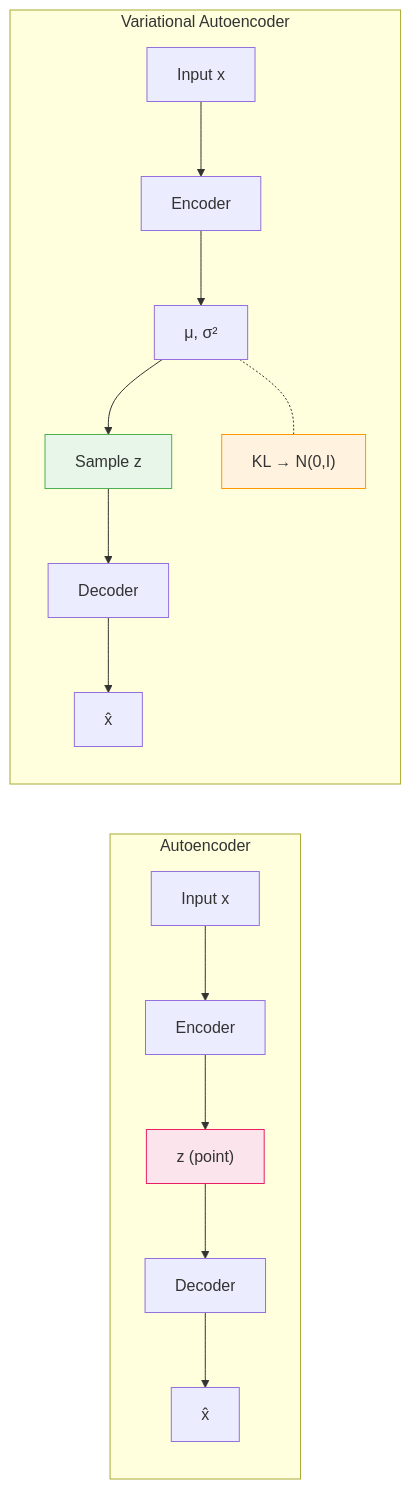
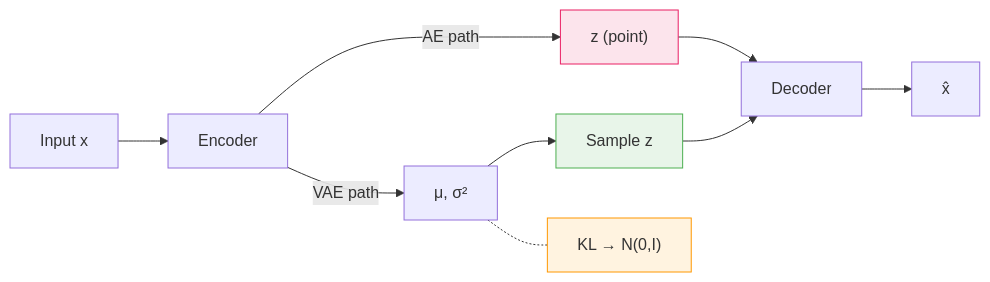
The diagram in assets/img/teaching/protein-ai/mermaid/s26-05-generative-models_diagram_0.mmd (sungsoo-ahn/sungsoo-ahn.github.io), drawn with Mermaid before and after one commit. The commit also changed 22 other files, not shown here.

First line of the commit message:
docs: Refine lecture notes 4–9, update diagrams, and add Key Takeaways

```diff
--- a/assets/img/teaching/protein-ai/mermaid/s26-05-generative-models_diagram_0.mmd
+++ b/assets/img/teaching/protein-ai/mermaid/s26-05-generative-models_diagram_0.mmd
@@ -1,13 +1,13 @@
 flowchart LR
-    subgraph AE["Autoencoder"]
-        X1["Input x"] --> E1["Encoder"] --> Z1["z (point)"] --> D1["Decoder"] --> X1R["x̂"]
-    end
+    X["Input x"] --> ENC["Encoder"]
+    ENC -->|"AE path"| Z["z (point)"]
+    ENC -->|"VAE path"| MU["μ, σ²"]
+    MU --> SAMPLE["Sample z"]
+    Z --> DEC["Decoder"]
+    SAMPLE --> DEC
+    DEC --> XHAT["x̂"]
+    MU -.- KL["KL → N(0,I)"]
 
-    subgraph VAE["Variational Autoencoder"]
-        X2["Input x"] --> E2["Encoder"] --> MU["μ, σ²"] --> S2["Sample z"] --> D2["Decoder"] --> X2R["x̂"]
-        MU -.- KL["KL → N(0,I)"]
-    end
-
-    style Z1 fill:#fce4ec,stroke:#e91e63
-    style S2 fill:#e8f5e9,stroke:#4CAF50
+    style Z fill:#fce4ec,stroke:#e91e63
+    style SAMPLE fill:#e8f5e9,stroke:#4CAF50
     style KL fill:#fff3e0,stroke:#FF9800
```
